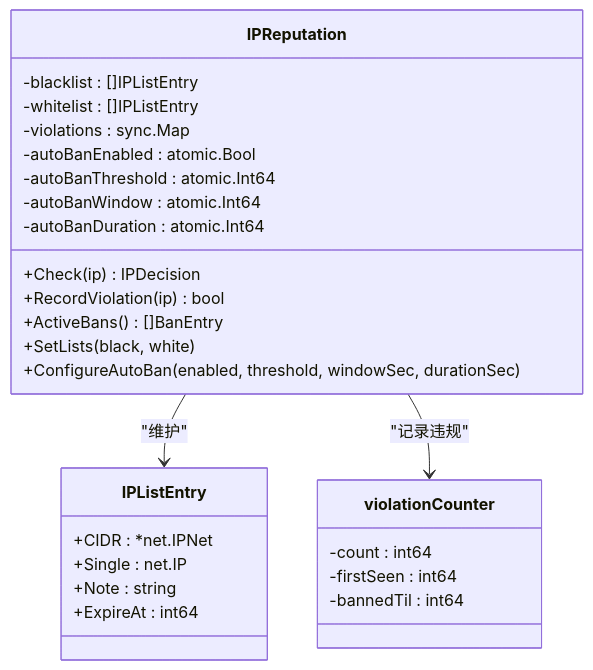
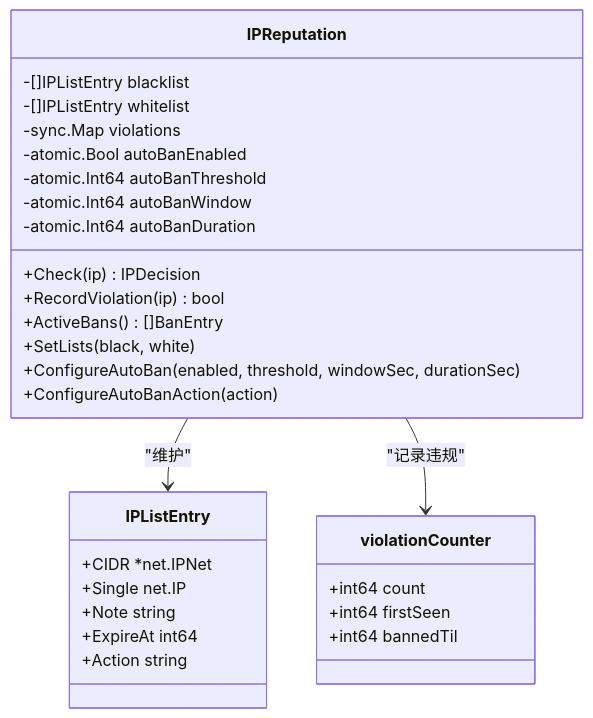
Before and after one commit to x01n/My-OpenWaf: the third of 6 diagrams in docs/WAF 引擎系统/处理阶段详解/IP 信誉检查阶段.md, drawn with Mermaid. The commit also changed other lines of this file and 622 other files, not shown here.

````diff
--- a/docs/WAF 引擎系统/处理阶段详解/IP 信誉检查阶段.md
+++ b/docs/WAF 引擎系统/处理阶段详解/IP 信誉检查阶段.md
@@ -130,30 +145,32 @@
 ```mermaid
 classDiagram
 class IPReputation {
--blacklist : []IPListEntry
--whitelist : []IPListEntry
--violations : sync.Map
--autoBanEnabled : atomic.Bool
--autoBanThreshold : atomic.Int64
--autoBanWindow : atomic.Int64
--autoBanDuration : atomic.Int64
+-[]IPListEntry blacklist
+-[]IPListEntry whitelist
+-sync.Map violations
+-atomic.Bool autoBanEnabled
+-atomic.Int64 autoBanThreshold
+-atomic.Int64 autoBanWindow
+-atomic.Int64 autoBanDuration
 +Check(ip) IPDecision
 +RecordViolation(ip) bool
 +ActiveBans() []BanEntry
 +SetLists(black, white)
 +ConfigureAutoBan(enabled, threshold, windowSec, durationSec)
++ConfigureAutoBanAction(action)
 }
 class IPListEntry {
-+CIDR : *net.IPNet
-+Single : net.IP
-+Note : string
-+ExpireAt : int64
++CIDR *net.IPNet
++Single net.IP
++Note string
++ExpireAt int64
++Action string
 }
 class violationCounter {
--count : int64
--firstSeen : int64
--bannedTil : int64
++int64 count
++int64 firstSeen
++int64 bannedTil
 }
 IPReputation --> IPListEntry : "维护"
 IPReputation --> violationCounter : "记录违规"
 ```
````
